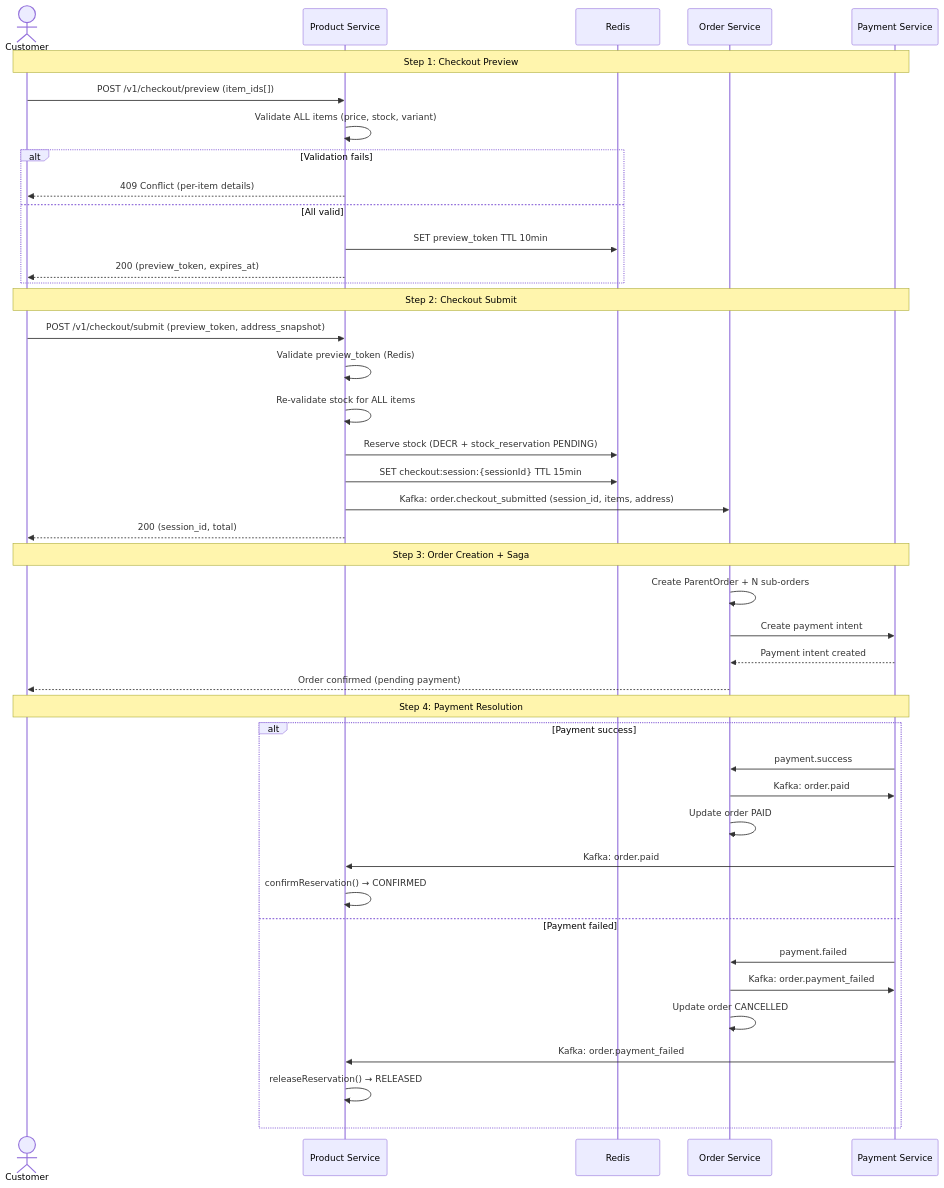
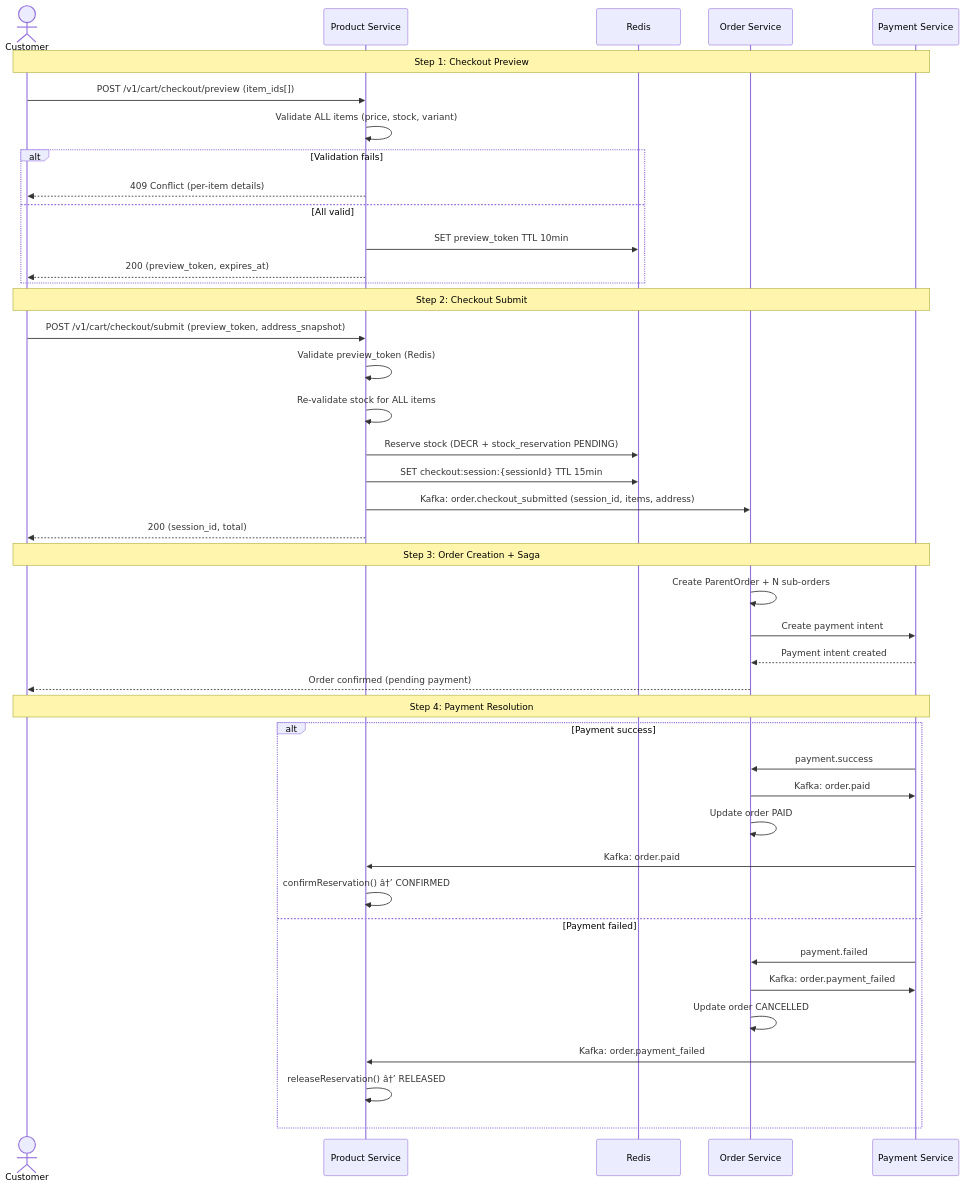
Before and after one commit to ldqanh1408/stealing-from-paradise: the ninth of 14 diagrams in documents/overview/FLOWS.md, drawn with Mermaid. The commit also changed other lines of this file and 225 other files, not shown here.

````diff
--- a/documents/overview/FLOWS.md
+++ b/documents/overview/FLOWS.md
@@ -181,48 +181,48 @@
 ```mermaid
 sequenceDiagram
     actor Customer
     participant PS as Product Service
     participant Redis
     participant OS as Order Service
     participant PayS as Payment Service
 
     Note over Customer,PayS: Step 1: Checkout Preview
-    Customer->>PS: POST /v1/checkout/preview (item_ids[])
+    Customer->>PS: POST /v1/cart/checkout/preview (item_ids[])
     PS->>PS: Validate ALL items (price, stock, variant)
     alt Validation fails
         PS-->>Customer: 409 Conflict (per-item details)
     else All valid
         PS->>Redis: SET preview_token TTL 10min
         PS-->>Customer: 200 (preview_token, expires_at)
     end
 
     Note over Customer,PayS: Step 2: Checkout Submit
-    Customer->>PS: POST /v1/checkout/submit (preview_token, address_snapshot)
+    Customer->>PS: POST /v1/cart/checkout/submit (preview_token, address_snapshot)
     PS->>PS: Validate preview_token (Redis)
     PS->>PS: Re-validate stock for ALL items
     PS->>Redis: Reserve stock (DECR + stock_reservation PENDING)
     PS->>Redis: SET checkout:session:{sessionId} TTL 15min
     PS->>OS: Kafka: order.checkout_submitted (session_id, items, address)
     PS-->>Customer: 200 (session_id, total)
 
     Note over Customer,PayS: Step 3: Order Creation + Saga
     OS->>OS: Create ParentOrder + N sub-orders
     OS->>PayS: Create payment intent
     PayS-->>OS: Payment intent created
     OS-->>Customer: Order confirmed (pending payment)
 
     Note over Customer,PayS: Step 4: Payment Resolution
     alt Payment success
         PayS->>OS: payment.success
         OS->>PayS: Kafka: order.paid
         OS->>OS: Update order PAID
         PayS->>PS: Kafka: order.paid
-        PS->>PS: confirmReservation() → CONFIRMED
+        PS->>PS: confirmReservation() â†’ CONFIRMED
     else Payment failed
         PayS->>OS: payment.failed
         OS->>PayS: Kafka: order.payment_failed
         OS->>OS: Update order CANCELLED
         PayS->>PS: Kafka: order.payment_failed
-        PS->>PS: releaseReservation() → RELEASED
+        PS->>PS: releaseReservation() â†’ RELEASED
     end
 ```
````
